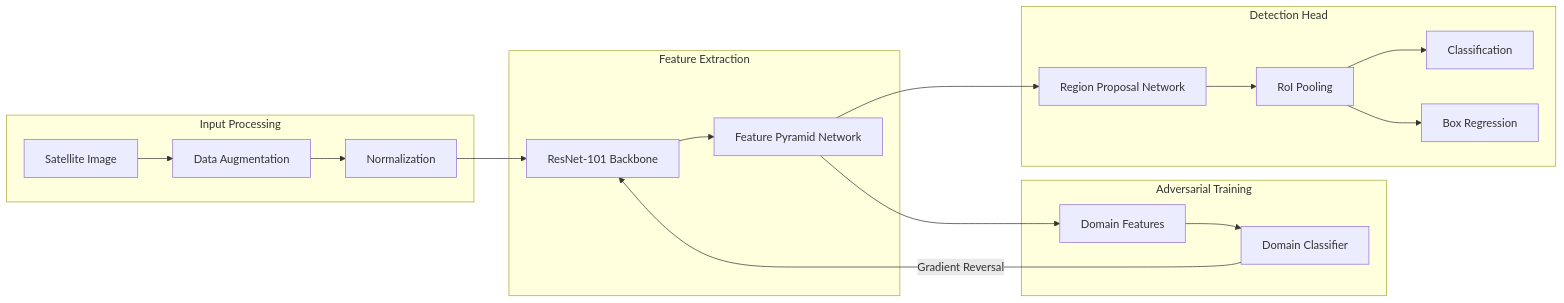
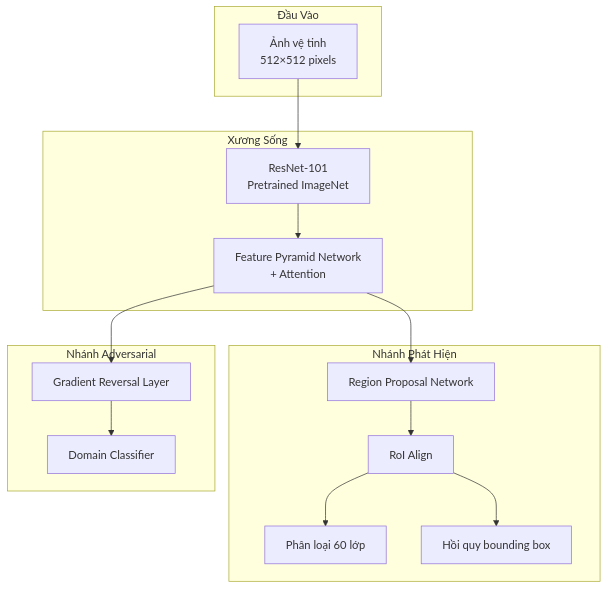
The second of 5 diagrams in research/chuong-06-xview-challenges/muc-01-xview1-object-detection/03-giai-nhi.md (rerangst/geobayai_lab), drawn with Mermaid before and after one commit. The commit also changed other lines of this file and 18 other files, not shown here.

````diff
--- a/research/chuong-06-xview-challenges/muc-01-xview1-object-detection/03-giai-nhi.md
+++ b/research/chuong-06-xview-challenges/muc-01-xview1-object-detection/03-giai-nhi.md
@@ -88,25 +61,29 @@
 ```mermaid
-flowchart LR
-    subgraph Input["Input Processing"]
-        I[Satellite Image] --> Aug[Data Augmentation]
-        Aug --> N[Normalization]
+flowchart TB
+    subgraph INPUT["Đầu Vào"]
+        IMG["Ảnh vệ tinh<br/>512×512 pixels"]
     end
 
-    subgraph Backbone["Feature Extraction"]
-        N --> BB[ResNet-101 Backbone]
-        BB --> FPN[Feature Pyramid Network]
+    subgraph BACKBONE["Xương Sống"]
+        R101["ResNet-101<br/>Pretrained ImageNet"]
+        FPN["Feature Pyramid Network<br/>+ Attention"]
     end
 
-    subgraph Adversarial["Adversarial Training"]
-        FPN --> DF[Domain Features]
-        DF --> DC[Domain Classifier]
-        DC -->|Gradient Reversal| BB
+    subgraph DETECTION["Nhánh Phát Hiện"]
+        RPN["Region Proposal Network"]
+        ROI["RoI Align"]
+        CLS["Phân loại 60 lớp"]
+        REG["Hồi quy bounding box"]
     end
 
-    subgraph Detection["Detection Head"]
-        FPN --> RPN[Region Proposal Network]
-        RPN --> ROI[RoI Pooling]
-        ROI --> Cls[Classification]
-        ROI --> Reg[Box Regression]
+    subgraph ADVERSARIAL["Nhánh Adversarial"]
+        GRL["Gradient Reversal Layer"]
+        DC["Domain Classifier"]
     end
+
+    IMG --> R101 --> FPN
+    FPN --> RPN --> ROI
+    ROI --> CLS
+    ROI --> REG
+    FPN --> GRL --> DC
 ```
````
